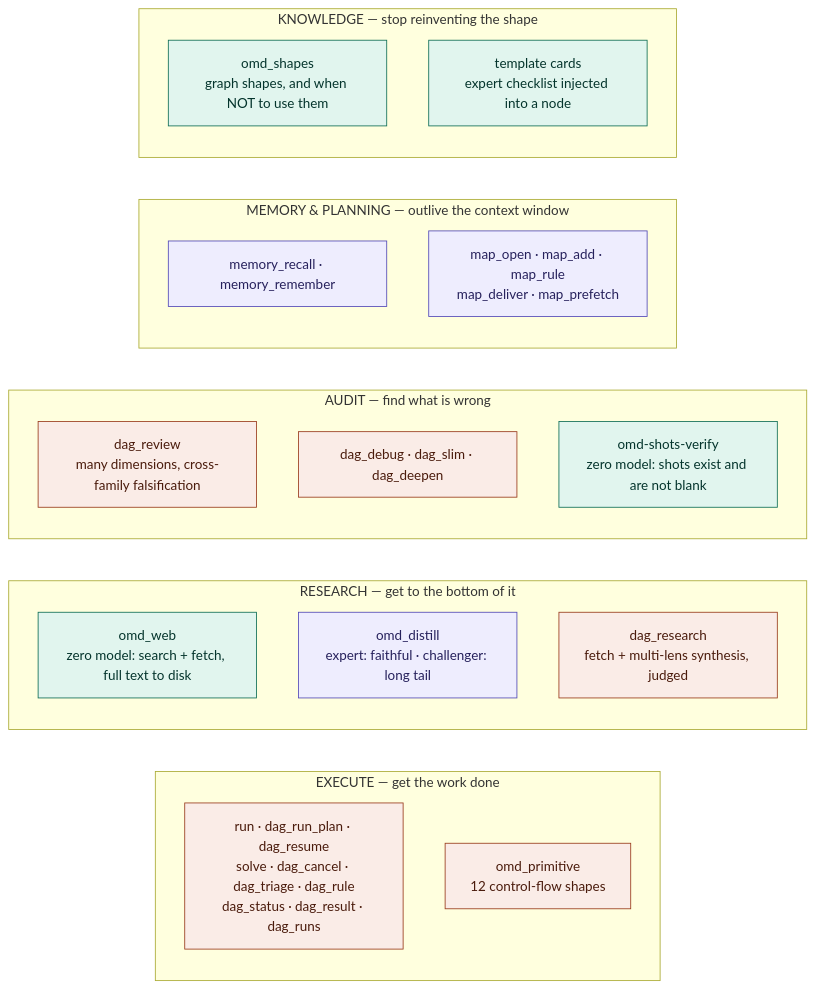
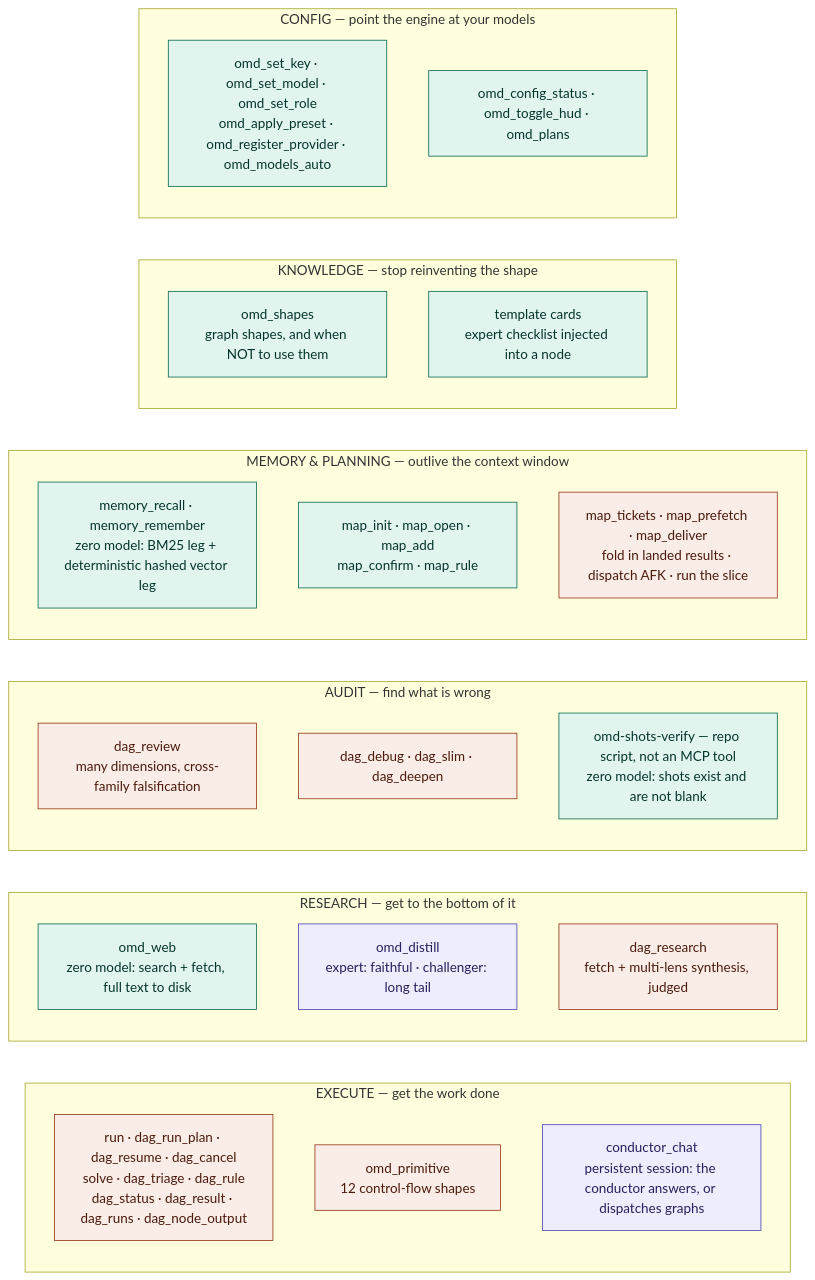
The second of 5 diagrams in README.md (AbyssCN/oh-my-dag), drawn with Mermaid before and after one commit. The commit also changed other lines of this file and 7 other files, not shown here.

````diff
--- a/README.md
+++ b/README.md
@@ -113,36 +114,43 @@
 ```mermaid
 flowchart LR
   subgraph EXEC["EXECUTE — get the work done"]
-    E1["run · dag_run_plan · dag_resume<br/>solve · dag_cancel · dag_triage · dag_rule<br/>dag_status · dag_result · dag_runs"]
+    E1["run · dag_run_plan · dag_resume · dag_cancel<br/>solve · dag_triage · dag_rule<br/>dag_status · dag_result · dag_runs · dag_node_output"]
     E2["omd_primitive<br/>12 control-flow shapes"]
+    E3["conductor_chat<br/>persistent session: the conductor answers, or dispatches graphs"]
   end
 
   subgraph RESEARCH["RESEARCH — get to the bottom of it"]
     R1["omd_web<br/>zero model: search + fetch, full text to disk"]
     R2["omd_distill<br/>expert: faithful · challenger: long tail"]
     R3["dag_research<br/>fetch + multi-lens synthesis, judged"]
   end
 
   subgraph AUDIT["AUDIT — find what is wrong"]
     A1["dag_review<br/>many dimensions, cross-family falsification"]
     A2["dag_debug · dag_slim · dag_deepen"]
-    A3["omd-shots-verify<br/>zero model: shots exist and are not blank"]
+    A3["omd-shots-verify — repo script, not an MCP tool<br/>zero model: shots exist and are not blank"]
   end
 
   subgraph MEMORY["MEMORY &amp; PLANNING — outlive the context window"]
-    M1["memory_recall · memory_remember"]
-    M2["map_open · map_add · map_rule<br/>map_deliver · map_prefetch"]
+    M1["memory_recall · memory_remember<br/>zero model: BM25 leg + deterministic hashed vector leg"]
+    M2["map_init · map_open · map_add<br/>map_confirm · map_rule"]
+    M3["map_tickets · map_prefetch · map_deliver<br/>fold in landed results · dispatch AFK · run the slice"]
   end
 
   subgraph KNOW["KNOWLEDGE — stop reinventing the shape"]
     K1["omd_shapes<br/>graph shapes, and when NOT to use them"]
     K2["template cards<br/>expert checklist injected into a node"]
   end
 
+  subgraph CONF["CONFIG — point the engine at your models"]
+    F1["omd_set_key · omd_set_model · omd_set_role<br/>omd_apply_preset · omd_register_provider · omd_models_auto"]
+    F2["omd_config_status · omd_toggle_hud · omd_plans"]
+  end
+
   classDef llm fill:#EEEDFE,stroke:#534AB7,color:#26215C
   classDef zero fill:#E1F5EE,stroke:#0F6E56,color:#04342C
   classDef mixed fill:#FAECE7,stroke:#993C1D,color:#4A1B0C
-  class E1,E2,R3,A1,A2 mixed
-  class R1,A3,K1,K2 zero
-  class R2,M1,M2 llm
+  class E1,E2,R3,A1,A2,M3 mixed
+  class R1,A3,K1,K2,M1,M2,F1,F2 zero
+  class R2,E3 llm
 ```
````
